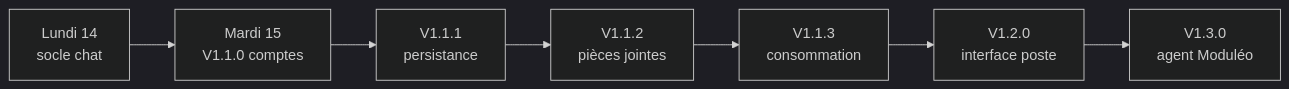
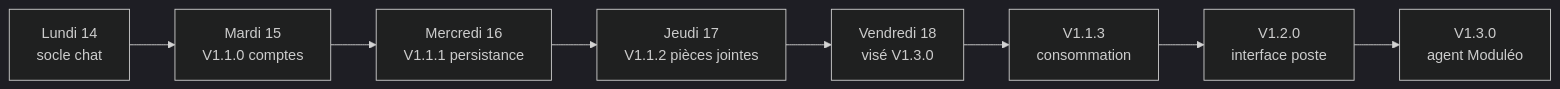
One commit to UlyssouLV/BBASS-Agents-IA changed the first of 2 diagrams in README.md. Above: the diagram before and after it, drawn with Mermaid (dark theme). The commit also changed 1 other file, not shown here.

Commit message:
Met à jour le suivi de la semaine : la V1.1.2 est livrée jeudi, et le planning du README porte un jour jusqu’à vendredi.

````diff
--- a/README.md
+++ b/README.md
@@ -26,9 +26,10 @@
 ```mermaid
 flowchart LR
   L14["Lundi 14<br/>socle chat"] --> M15["Mardi 15<br/>V1.1.0 comptes"]
-  M15 --> V111["V1.1.1<br/>persistance"]
-  V111 --> V112["V1.1.2<br/>pièces jointes"]
-  V112 --> V113["V1.1.3<br/>consommation"]
+  M15 --> Me16["Mercredi 16<br/>V1.1.1 persistance"]
+  Me16 --> J17["Jeudi 17<br/>V1.1.2 pièces jointes"]
+  J17 --> V18["Vendredi 18<br/>visé V1.3.0"]
+  V18 --> V113["V1.1.3<br/>consommation"]
   V113 --> V120["V1.2.0<br/>interface poste"]
   V120 --> V130["V1.3.0<br/>agent Moduléo"]
 ```
````
